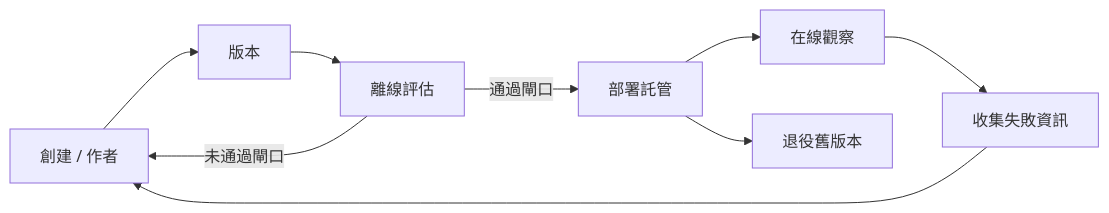
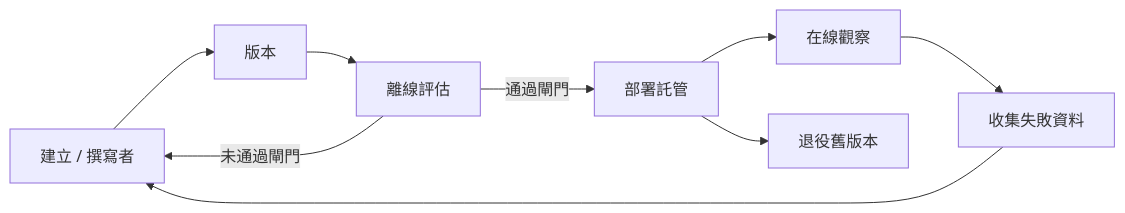
The second of 4 diagrams in mirrors/repos/microsoft@ai-agents-for-beginners/translations/zh-HK/16-deploying-scalable-agents/README.md (gabrielmoreira/agent-skills-mirror), drawn with Mermaid before and after one commit. The commit also changed other lines of this file and 4262 other files, not shown here.

````diff
--- a/mirrors/repos/microsoft@ai-agents-for-beginners/translations/zh-HK/16-deploying-scalable-agents/README.md
+++ b/mirrors/repos/microsoft@ai-agents-for-beginners/translations/zh-HK/16-deploying-scalable-agents/README.md
@@ -108,11 +108,11 @@
 ```mermaid
 flowchart LR
-    Create[創建 / 作者] --> Version[版本]
+    Create[建立 / 撰寫者] --> Version[版本]
     Version --> Evaluate[離線評估]
-    Evaluate -->|通過閘口| Deploy[部署託管]
-    Evaluate -->|未通過閘口| Create
+    Evaluate -->|通過閘門| Deploy[部署託管]
+    Evaluate -->|未通過閘門| Create
     Deploy --> Observe[在線觀察]
-    Observe --> Improve[收集失敗資訊]
+    Observe --> Improve[收集失敗資料]
     Improve --> Create
     Deploy --> Retire[退役舊版本]
 ```
````
